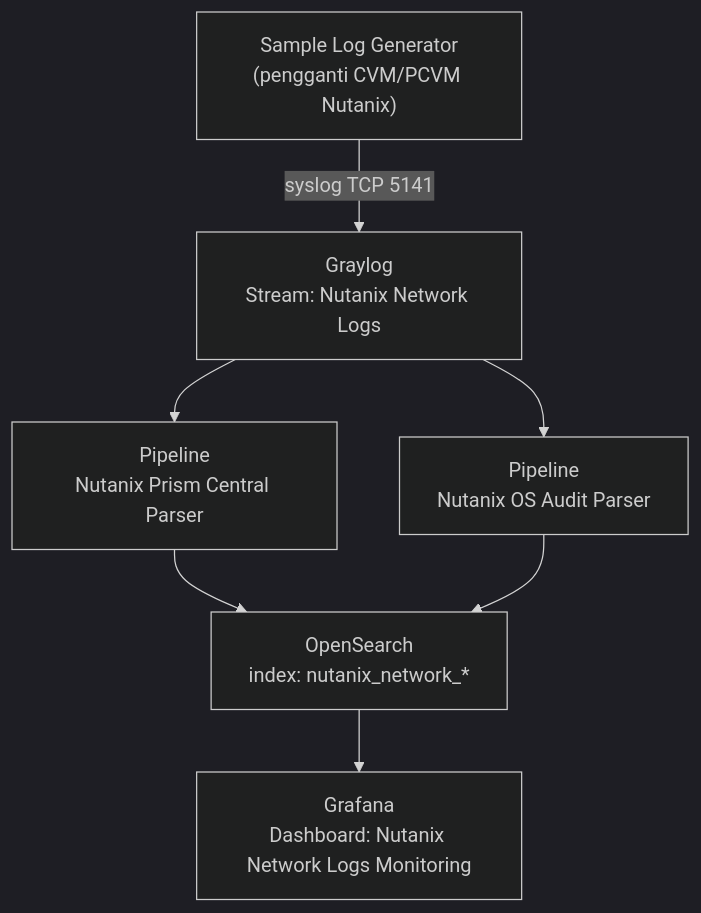
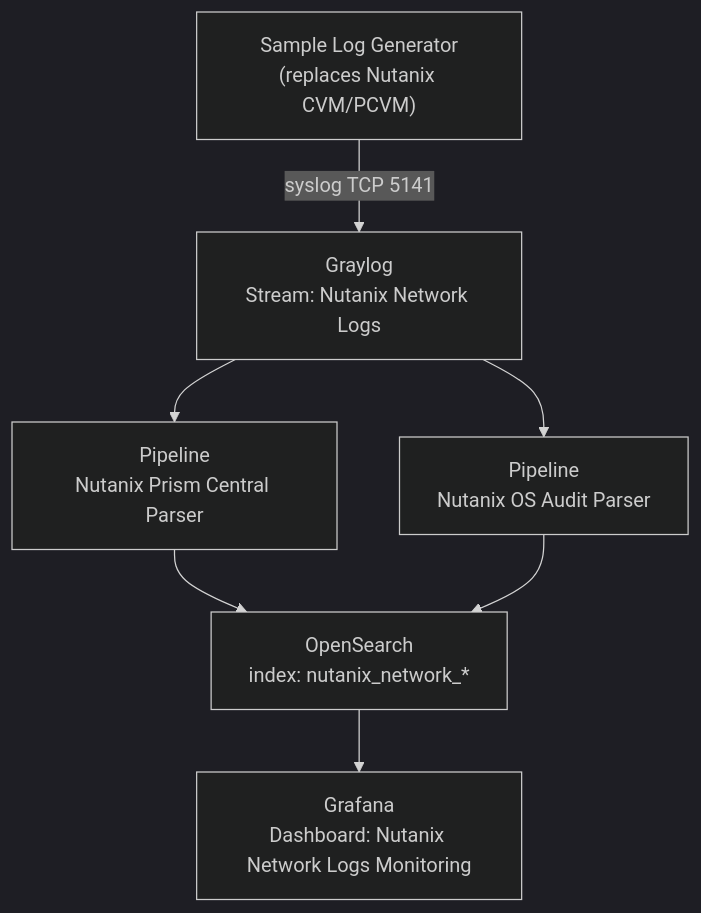
Before and after one commit to dimasqiramadhani/nutanix-soc-fortress-integration: the diagram in README.md, drawn with Mermaid (dark theme). The commit also changed other lines of this file and 18 other files, not shown here.

````diff
--- a/README.md
+++ b/README.md
@@ -13,9 +13,9 @@
 ```mermaid
 flowchart TD
-    A["Sample Log Generator<br/>(pengganti CVM/PCVM Nutanix)"] -->|"syslog TCP 5141"| B["Graylog<br/>Stream: Nutanix Network Logs"]
+    A["Sample Log Generator<br/>(replaces Nutanix CVM/PCVM)"] -->|"syslog TCP 5141"| B["Graylog<br/>Stream: Nutanix Network Logs"]
     B --> C["Pipeline<br/>Nutanix Prism Central Parser"]
     B --> D["Pipeline<br/>Nutanix OS Audit Parser"]
     C --> E["OpenSearch<br/>index: nutanix_network_*"]
     D --> E
     E --> F["Grafana<br/>Dashboard: Nutanix Network Logs Monitoring"]
 ```
````
